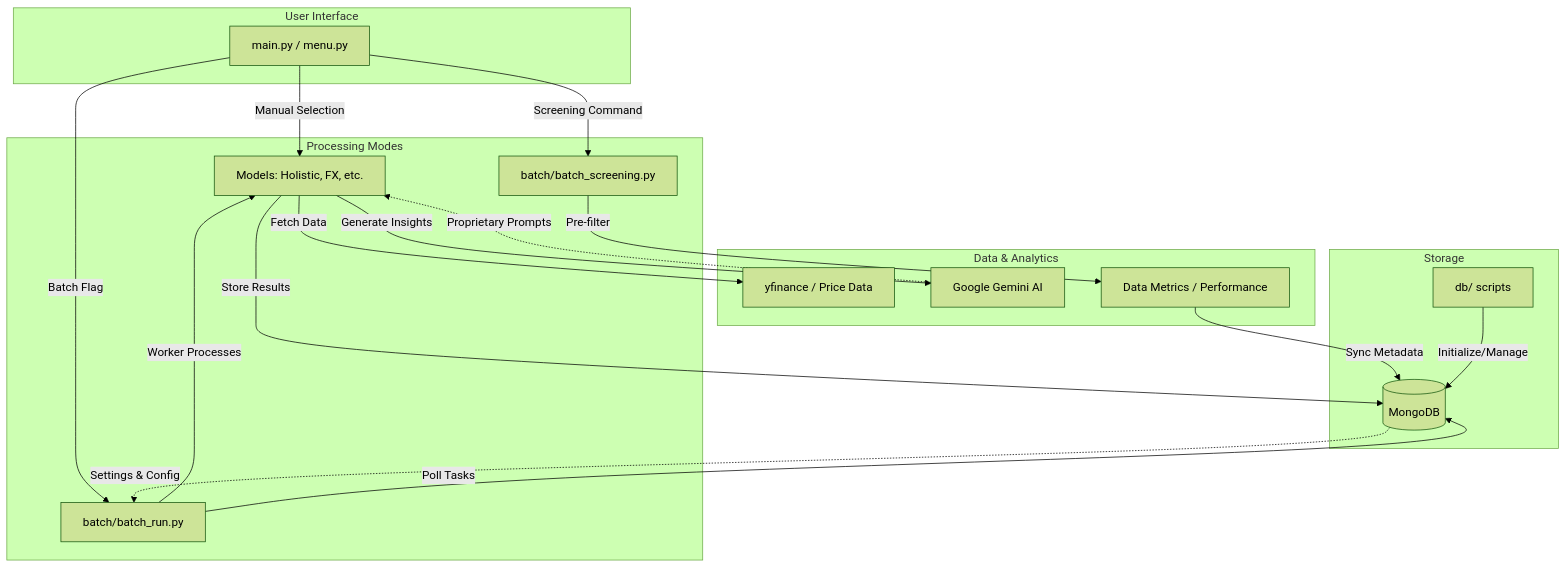
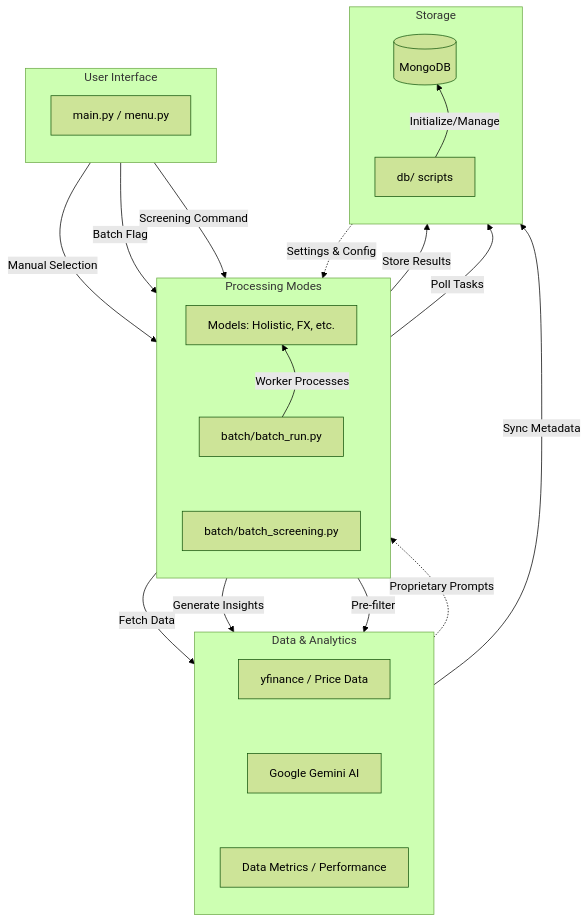
One commit to AlphaSentra/alphasentra-core changed the diagram in README.md. Above: the diagram before and after it, drawn with Mermaid (forest theme).

````diff
--- a/README.md
+++ b/README.md
@@ -115,29 +115,47 @@
 ```mermaid
 graph TD
-    subgraph "User Interface"
+    subgraph UI_G [User Interface]
+        direction TB
         UI[main.py / menu.py]
     end
 
-    subgraph "Processing Modes"
-        UI -->|Manual Selection| MODELS[Models: Holistic, FX, etc.]
-        UI -->|Batch Flag| BATCH_RUN[batch/batch_run.py]
-        UI -->|Screening Command| BATCH_SCREEN[batch/batch_screening.py]
+    subgraph PROC_G [Processing Modes]
+        direction TB
+        MODELS[Models: Holistic, FX, etc.]
+        BATCH_RUN[batch/batch_run.py]
+        BATCH_SCREEN[batch/batch_screening.py]
+        MODELS ~~~ BATCH_RUN ~~~ BATCH_SCREEN
     end
 
-    subgraph "Data & Analytics"
-        MODELS -->|Fetch Data| YF[yfinance / Price Data]
-        MODELS -->|Generate Insights| GEMINI[Google Gemini AI]
-        BATCH_RUN -->|Worker Processes| MODELS
-        BATCH_SCREEN -->|Pre-filter| DATA_MODULES[Data Metrics / Performance]
+    subgraph DATA_G [Data & Analytics]
+        direction TB
+        YF[yfinance / Price Data]
+        GEMINI[Google Gemini AI]
+        DATA_MODULES[Data Metrics / Performance]
+        YF ~~~ GEMINI ~~~ DATA_MODULES
     end
 
-    subgraph "Storage"
-        MODELS -->|Store Results| MONGO[(MongoDB)]
-        BATCH_RUN -->|Poll Tasks| MONGO
-        DATA_MODULES -->|Sync Metadata| MONGO
-        DB_TOOLS[db/ scripts] -->|Initialize/Manage| MONGO
+    subgraph STORE_G [Storage]
+        direction TB
+        MONGO[(MongoDB)]
+        DB_TOOLS[db/ scripts]
+        MONGO ~~~ DB_TOOLS
     end
+
+    UI -->|Manual Selection| MODELS
+    UI -->|Batch Flag| BATCH_RUN
+    UI -->|Screening Command| BATCH_SCREEN
+
+    MODELS -->|Fetch Data| YF
+    MODELS -->|Generate Insights| GEMINI
+    BATCH_RUN -->|Worker Processes| MODELS
+    BATCH_SCREEN -->|Pre-filter| DATA_MODULES
+
+    MODELS -->|Store Results| MONGO
+    BATCH_RUN -->|Poll Tasks| MONGO
+    DATA_MODULES -->|Sync Metadata| MONGO
+    DB_TOOLS -->|Initialize/Manage| MONGO
 
     GEMINI -.->|Proprietary Prompts| MODELS
     MONGO -.->|Settings & Config| BATCH_RUN
 ```
````
